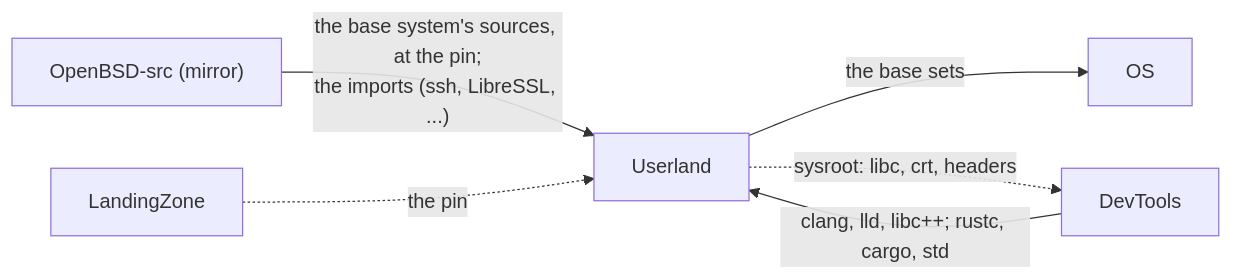
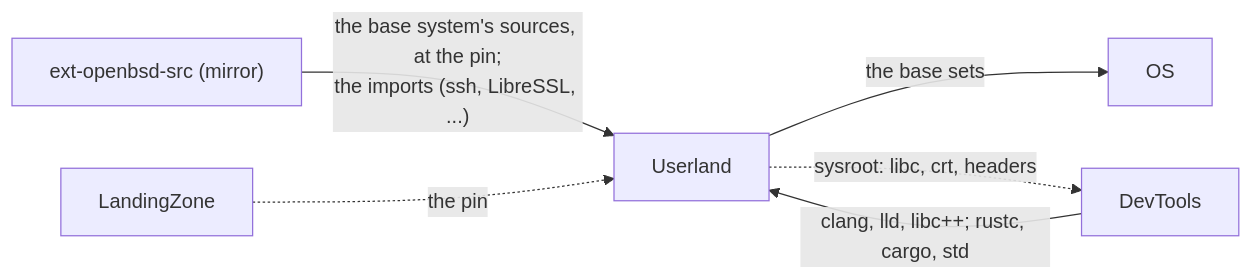
Before and after one commit to EmiBSD/Userland: the diagram in README.md, drawn with Mermaid. The commit also changed other lines of this file and 578 other files, not shown here.

````diff
--- a/README.md
+++ b/README.md
@@ -29,8 +29,8 @@
 ```mermaid
 flowchart LR
-    obsd["OpenBSD-src (mirror)"] -- "the base system's sources, at the pin;<br/>the imports (ssh, LibreSSL, ...)" --> ul["Userland"]
+    obsd["ext-openbsd-src (mirror)"] -- "the base system's sources, at the pin;<br/>the imports (ssh, LibreSSL, ...)" --> ul["Userland"]
     lz["LandingZone"] -. "the pin" .-> ul
     dev["DevTools"] -- "clang, lld, libc++; rustc, cargo, std" --> ul
     ul -- "the base sets" --> os["OS"]
     ul -. "sysroot: libc, crt, headers" .-> dev
 ```
````
